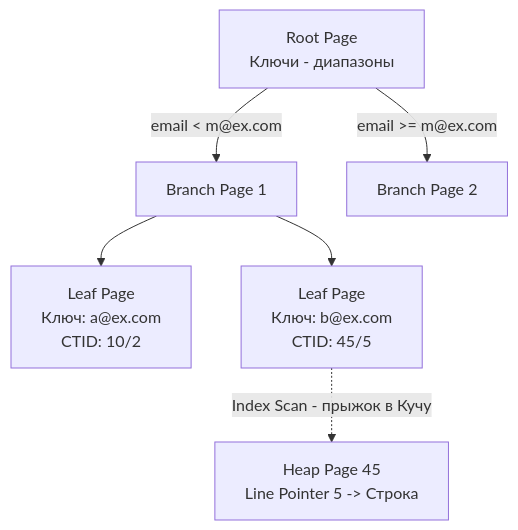
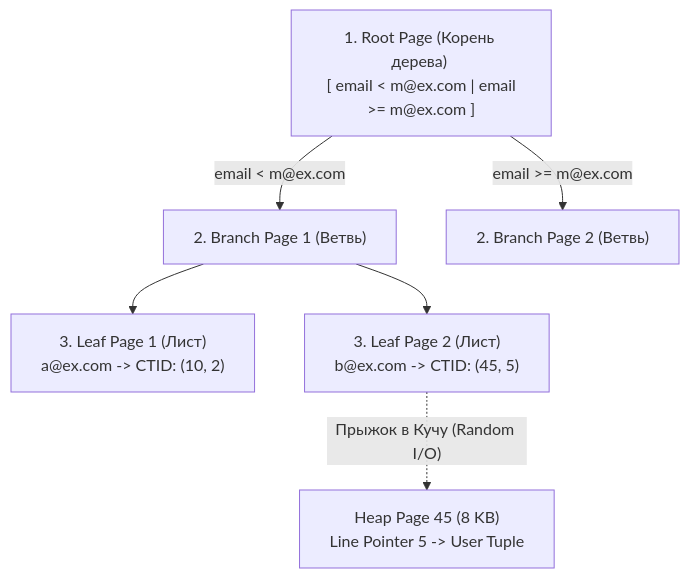
Before and after one commit to UnrealTemplier/go-textbook: the first of 3 diagrams in sources/12. Базы данных/06. PostgreSQL/4. Индексы в PostgreSQL.md, drawn with Mermaid. The commit also changed other lines of this file, not shown here.

````diff
--- a/sources/12. Базы данных/06. PostgreSQL/4. Индексы в PostgreSQL.md
+++ b/sources/12. Базы данных/06. PostgreSQL/4. Индексы в PostgreSQL.md
@@ -33,10 +37,12 @@
 ```mermaid
 flowchart TD
-    Root["Root Page<br>Ключи - диапазоны"] -->|"email < m@ex.com"| B1["Branch Page 1"]
-    Root -->|"email >= m@ex.com"| B2["Branch Page 2"]
+    Root["1. Root Page (Корень дерева) <br> [ email < m@ex.com | email >= m@ex.com ]"]
     
-    B1 --> L1["Leaf Page<br>Ключ: a@ex.com <br> CTID: 10/2"]
-    B1 --> L2["Leaf Page<br>Ключ: b@ex.com <br> CTID: 45/5"]
+    Root -->|"email < m@ex.com"| B1["2. Branch Page 1 (Ветвь)"]
+    Root -->|"email >= m@ex.com"| B2["2. Branch Page 2 (Ветвь)"]
     
-    L2 -.->|"Index Scan - прыжок в Кучу"| H["Heap Page 45<br>Line Pointer 5 -> Строка"]
+    B1 --> L1["3. Leaf Page 1 (Лист) <br> a@ex.com -> CTID: (10, 2)"]
+    B1 --> L2["3. Leaf Page 2 (Лист) <br> b@ex.com -> CTID: (45, 5)"]
+    
+    L2 -.->|"Прыжок в Кучу (Random I/O)"| H["Heap Page 45 (8 KB) <br> Line Pointer 5 -> User Tuple"]
 ```
````
